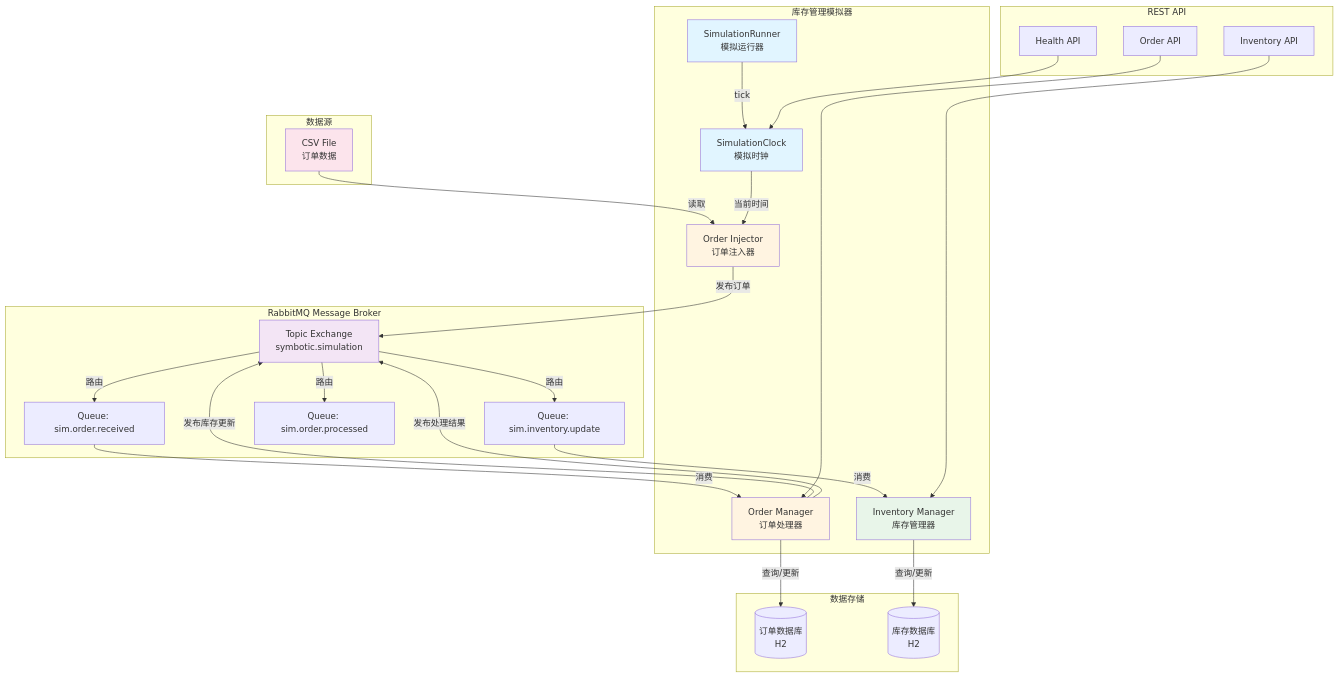
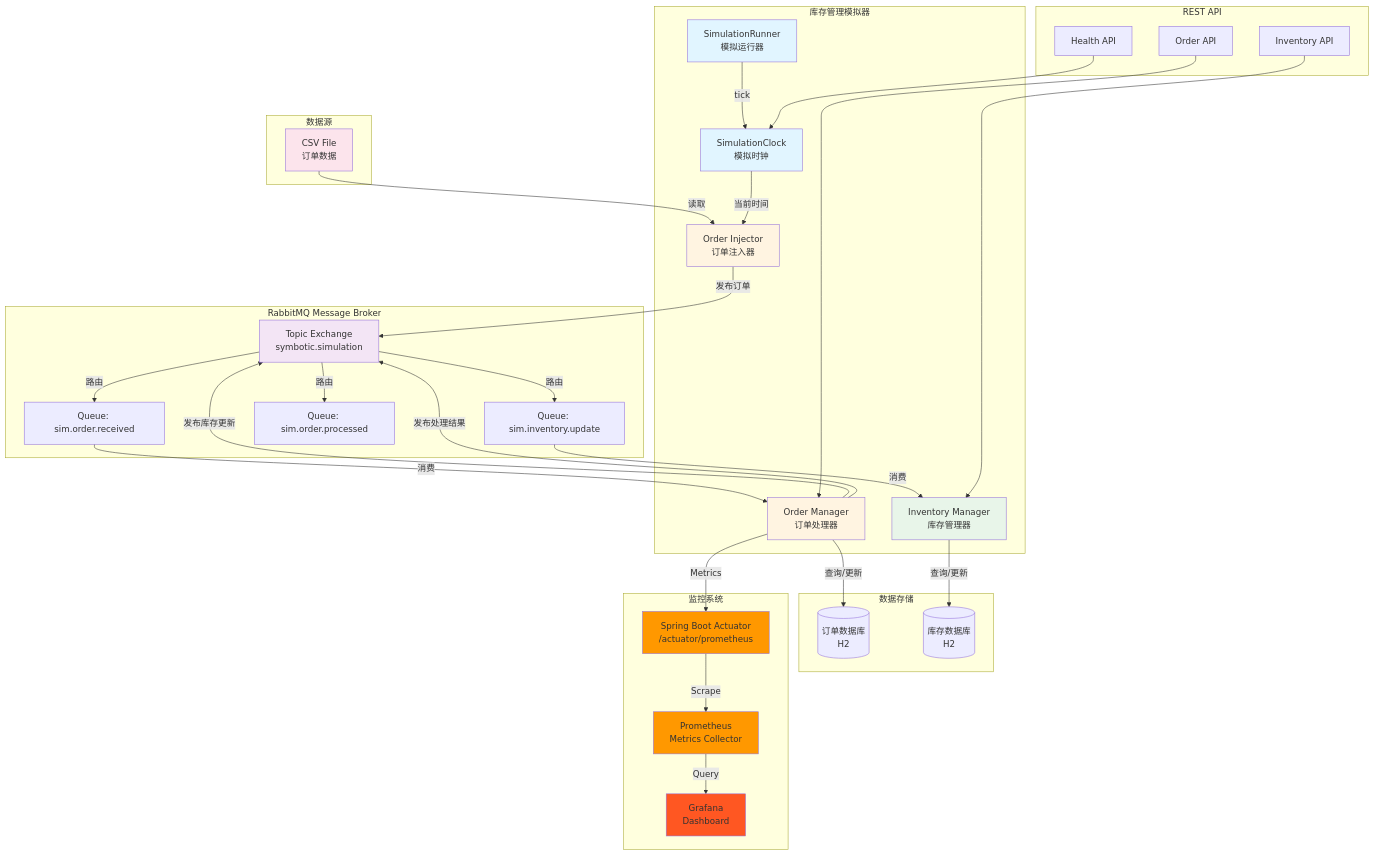
The first of 9 diagrams in docs/ARCHITECTURE_DIAGRAM.md (yuyu-ko/Inventory), drawn with Mermaid before and after one commit. The commit also changed other lines of this file and 13 other files, not shown here.

Commit message:
add grafana monitoring dashboard

````diff
--- a/docs/ARCHITECTURE_DIAGRAM.md
+++ b/docs/ARCHITECTURE_DIAGRAM.md
@@ -5,58 +5,71 @@
 ```mermaid
 graph TB
     subgraph "库存管理模拟器"
         SC[SimulationClock<br/>模拟时钟]
         SR[SimulationRunner<br/>模拟运行器]
         OI[Order Injector<br/>订单注入器]
         OM[Order Manager<br/>订单处理器]
         IM[Inventory Manager<br/>库存管理器]
     end
     
     subgraph "数据源"
         CSV[CSV File<br/>订单数据]
     end
     
     subgraph "RabbitMQ Message Broker"
         EX[Topic Exchange<br/>symbotic.simulation]
         Q1[Queue: sim.order.received]
         Q2[Queue: sim.inventory.update]
         Q3[Queue: sim.order.processed]
     end
     
     subgraph "数据存储"
         DB1[(订单数据库<br/>H2)]
         DB2[(库存数据库<br/>H2)]
     end
     
     subgraph "REST API"
         API1[Order API]
         API2[Inventory API]
         API3[Health API]
     end
     
+    subgraph "监控系统"
+        ACT[Spring Boot Actuator<br/>/actuator/prometheus]
+        PROM[Prometheus<br/>Metrics Collector]
+        GRAF[Grafana<br/>Dashboard]
+    end
+    
     CSV -->|读取| OI
     SR -->|tick| SC
     SC -->|当前时间| OI
     OI -->|发布订单| EX
     EX -->|路由| Q1
     Q1 -->|消费| OM
     OM -->|查询/更新| DB1
     OM -->|发布库存更新| EX
     EX -->|路由| Q2
     Q2 -->|消费| IM
     IM -->|查询/更新| DB2
     OM -->|发布处理结果| EX
     EX -->|路由| Q3
     
     API1 --> OM
     API2 --> IM
     API3 --> SC
     
+    OM -->|Metrics| ACT
+    ACT -->|Scrape| PROM
+    PROM -->|Query| GRAF
+    
     style SC fill:#e1f5ff
     style SR fill:#e1f5ff
     style OI fill:#fff4e1
     style OM fill:#fff4e1
     style IM fill:#e8f5e9
     style EX fill:#f3e5f5
     style CSV fill:#fce4ec
+    style ACT fill:#ff9800
+    style PROM fill:#ff9800
+    style GRAF fill:#ff5722
 ```
````
